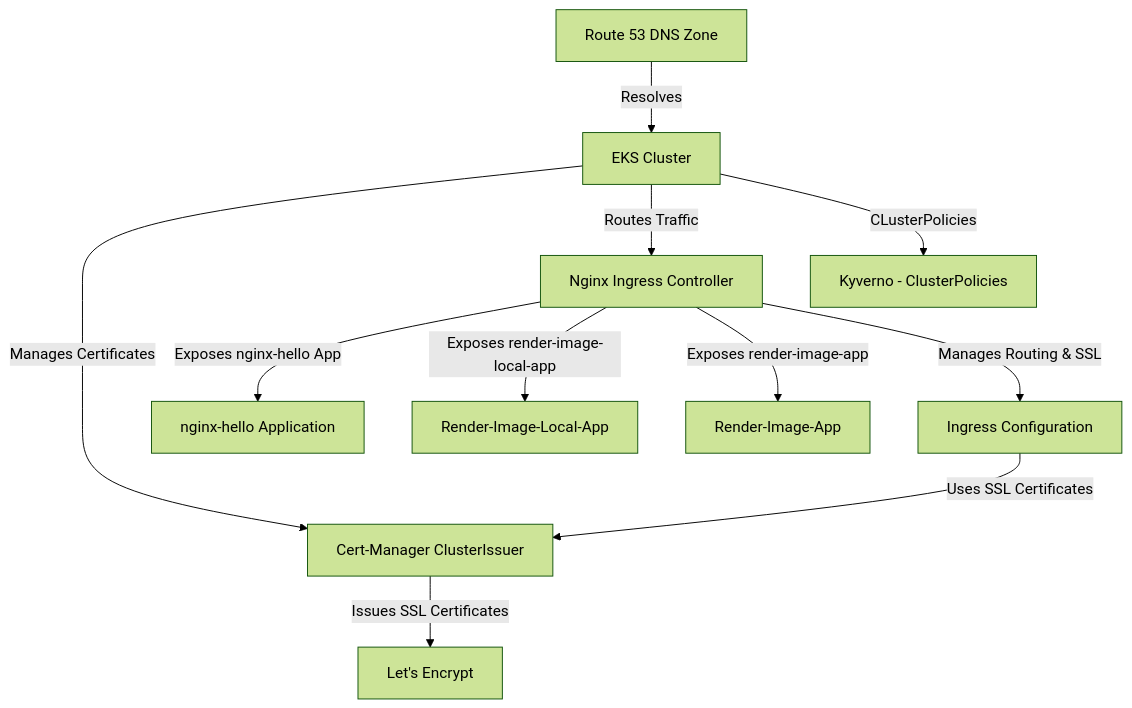
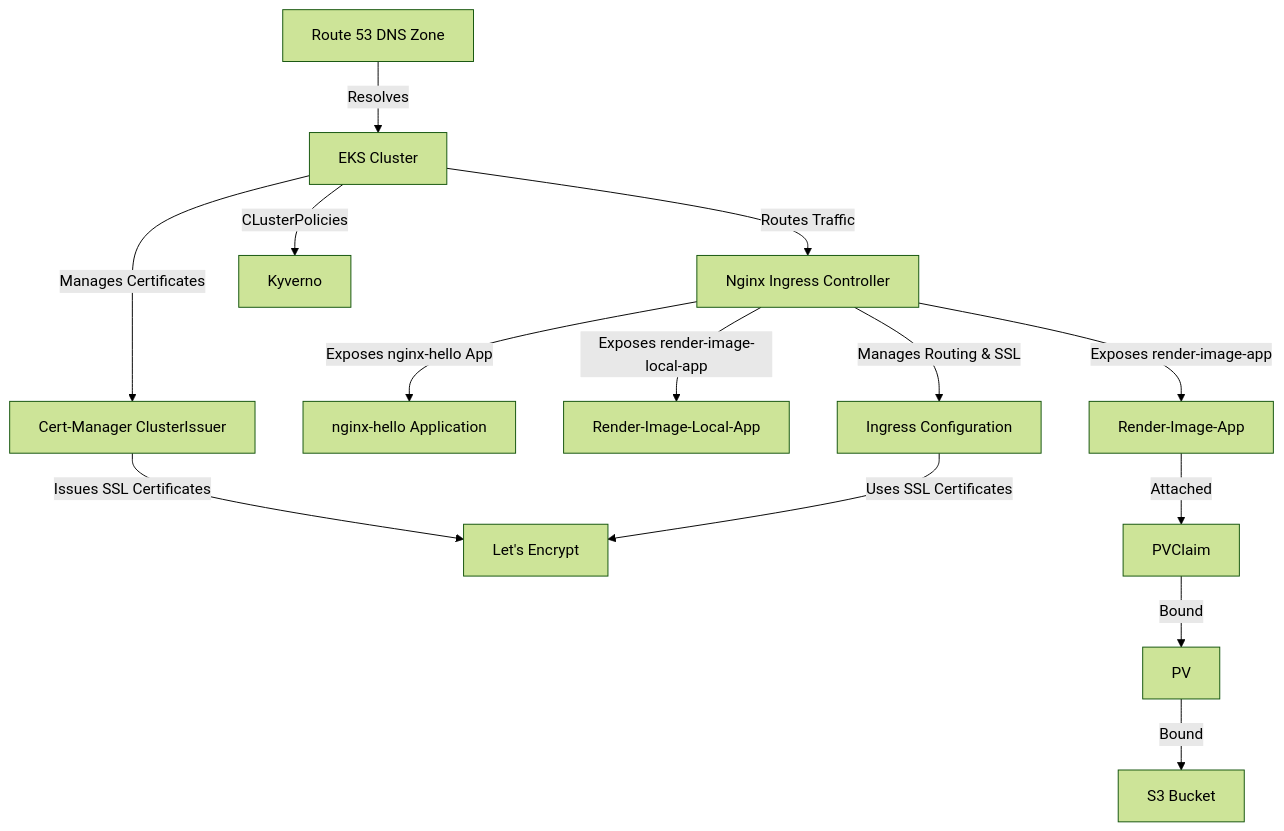
The diagram in accounts/new-work/workload/configuration/README.md (FedericoDelSaz/EKS-S3-AWS), drawn with Mermaid (forest theme) before and after one commit.

Commit message:
Clean up (#9)
cleanup

````diff
--- a/accounts/new-work/workload/configuration/README.md
+++ b/accounts/new-work/workload/configuration/README.md
@@ -50,15 +50,17 @@
 ```mermaid
 graph TD;
   A[Route 53 DNS Zone] -->|Resolves| B[EKS Cluster];
   B -->|Manages Certificates| C[Cert-Manager ClusterIssuer];
   C -->|Issues SSL Certificates| D[Let's Encrypt];
   B -->|Routes Traffic| E[Nginx Ingress Controller];
   B -->|CLusterPolicies| J[Kyverno];
   E -->|Exposes nginx-hello App| F[nginx-hello Application];
   E -->|Exposes render-image-local-app| G[Render-Image-Local-App];
   E -->|Exposes render-image-app| H[Render-Image-App];
+  H -->|Attached| F5[PVClaim]
+  F5 -->|Bound| F6[PV]
+  F6 -->|Bound| F1[S3 Bucket]
   E -->|Manages Routing & SSL| I[Ingress Configuration];
-  I -->|Uses SSL Certificates| C;
-  J[Kyverno - ClusterPolicies];
+  I -->|Uses SSL Certificates| D;
 
 ```  
````
